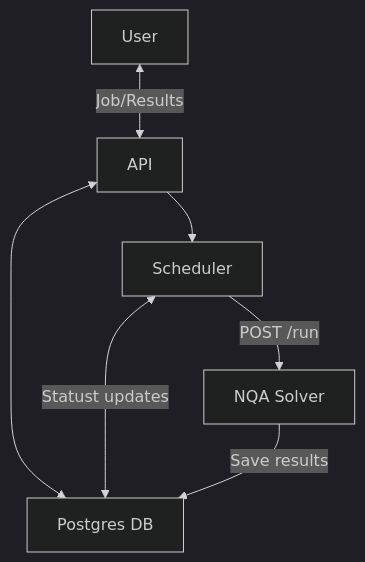
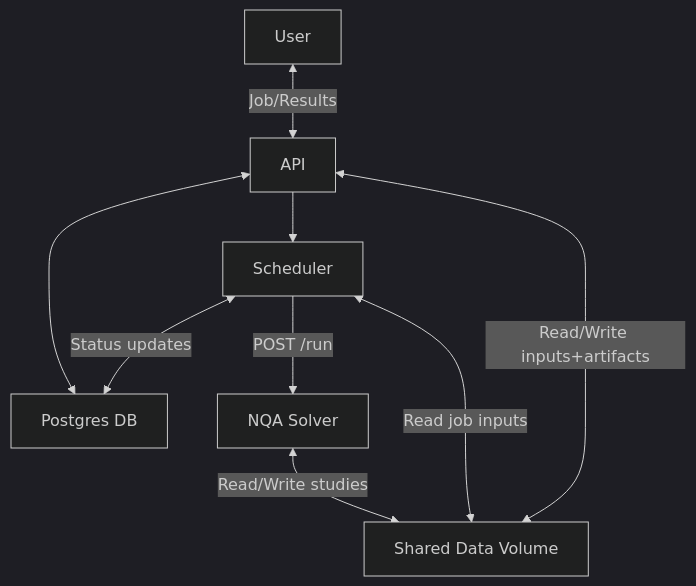
The diagram in README.md (lucaleonect/nqa_server), drawn with Mermaid (dark theme) before and after one commit. The commit also changed other lines of this file, not shown here.

````diff
--- a/README.md
+++ b/README.md
@@ -106,10 +120,12 @@
 ```mermaid
 graph
     A[User] <-->|Job/Results| B[API]
     B <--> C[Postgres DB]
     B --> D[Scheduler]
-    D <-->|Statust updates| C
+   D <-->|Status updates| C
     D -->|POST /run| E[NQA Solver]
-    E -->|Save results| C
+   B <-->|Read/Write inputs+artifacts| F[Shared Data Volume]
+   D <-->|Read job inputs| F
+   E <-->|Read/Write studies| F
   
 ```
````
